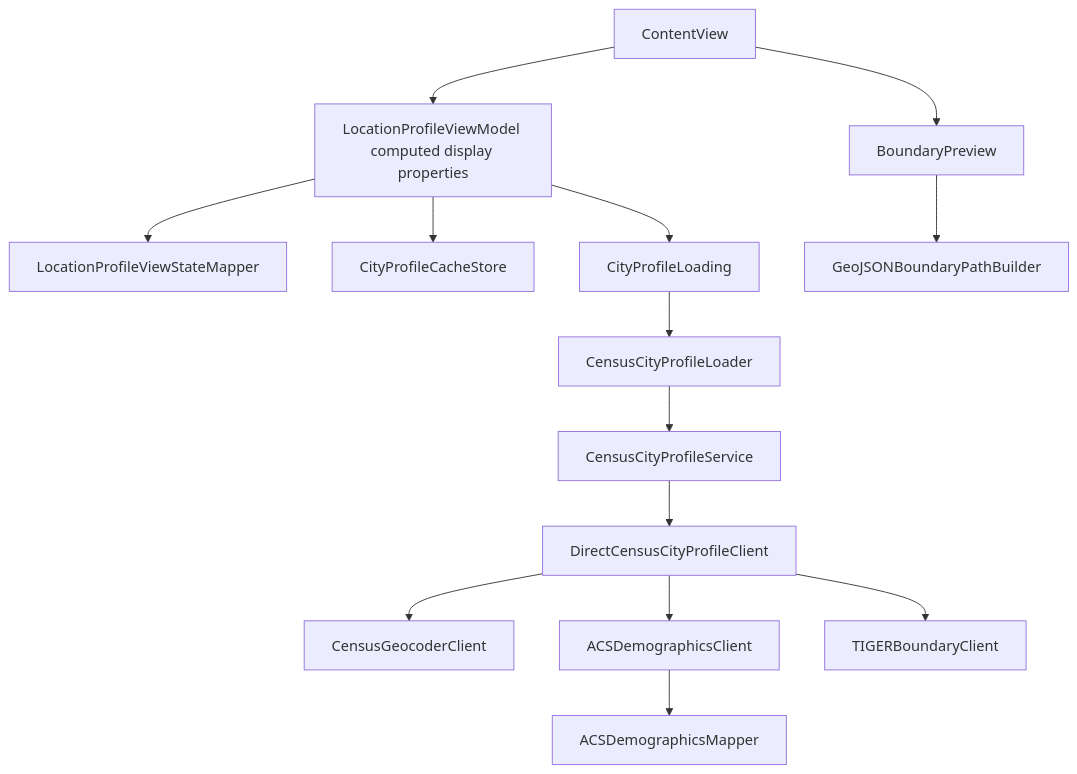
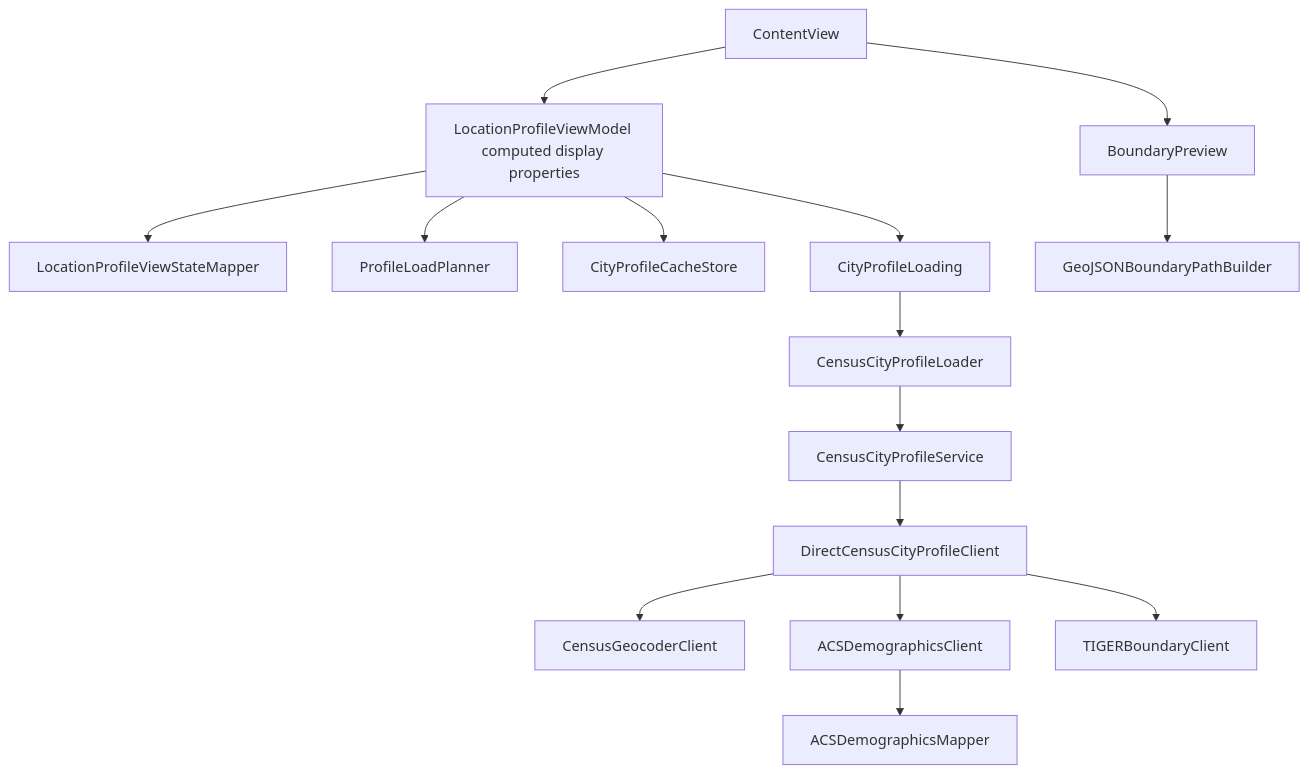
Before and after one commit to ChrisMahlke/lociq: the diagram in README.md, drawn with Mermaid. The commit also changed other lines of this file and 71 other files, not shown here.

````diff
--- a/README.md
+++ b/README.md
@@ -33,16 +34,17 @@
 ```mermaid
 flowchart TD
     A[ContentView] --> B[LocationProfileViewModel computed display properties]
     B --> C[LocationProfileViewStateMapper]
+    B --> P[ProfileLoadPlanner]
     B --> D[CityProfileCacheStore]
     B --> E[CityProfileLoading]
     E --> F[CensusCityProfileLoader]
     F --> G[CensusCityProfileService]
     G --> H[DirectCensusCityProfileClient]
     H --> I[CensusGeocoderClient]
     H --> J[ACSDemographicsClient]
     H --> K[TIGERBoundaryClient]
     J --> L[ACSDemographicsMapper]
     A --> M[BoundaryPreview]
     M --> N[GeoJSONBoundaryPathBuilder]
 ```
````
